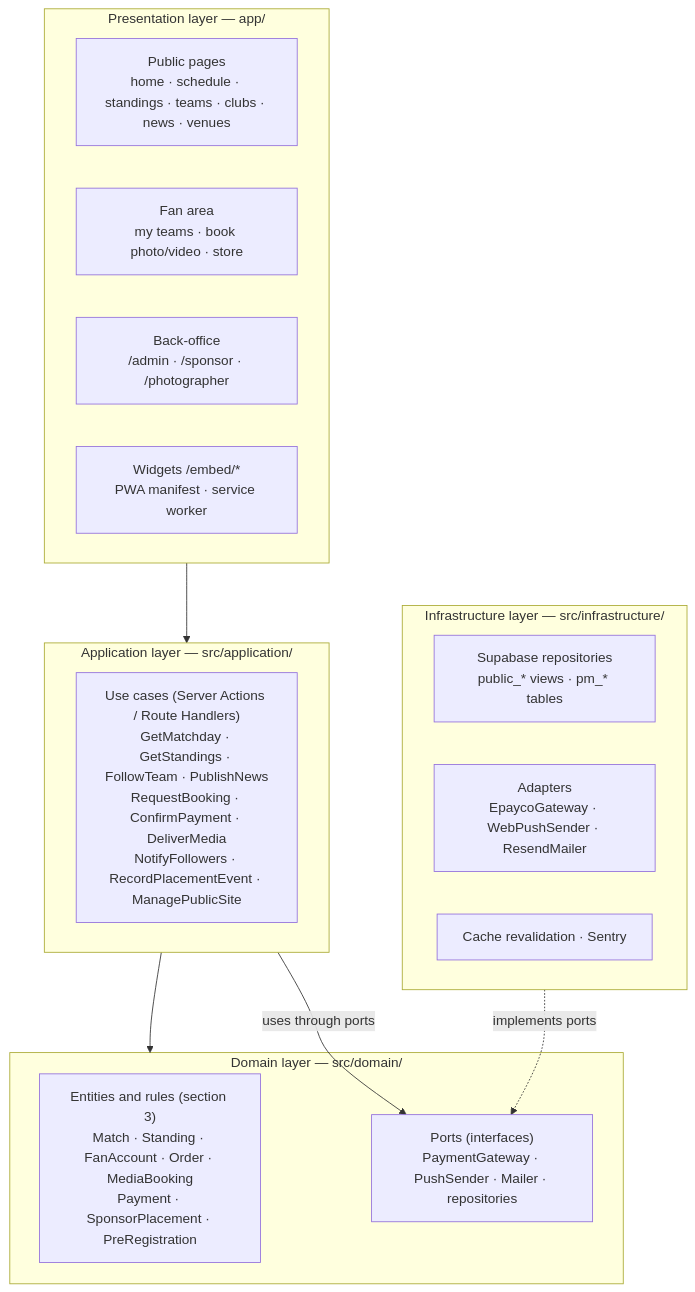
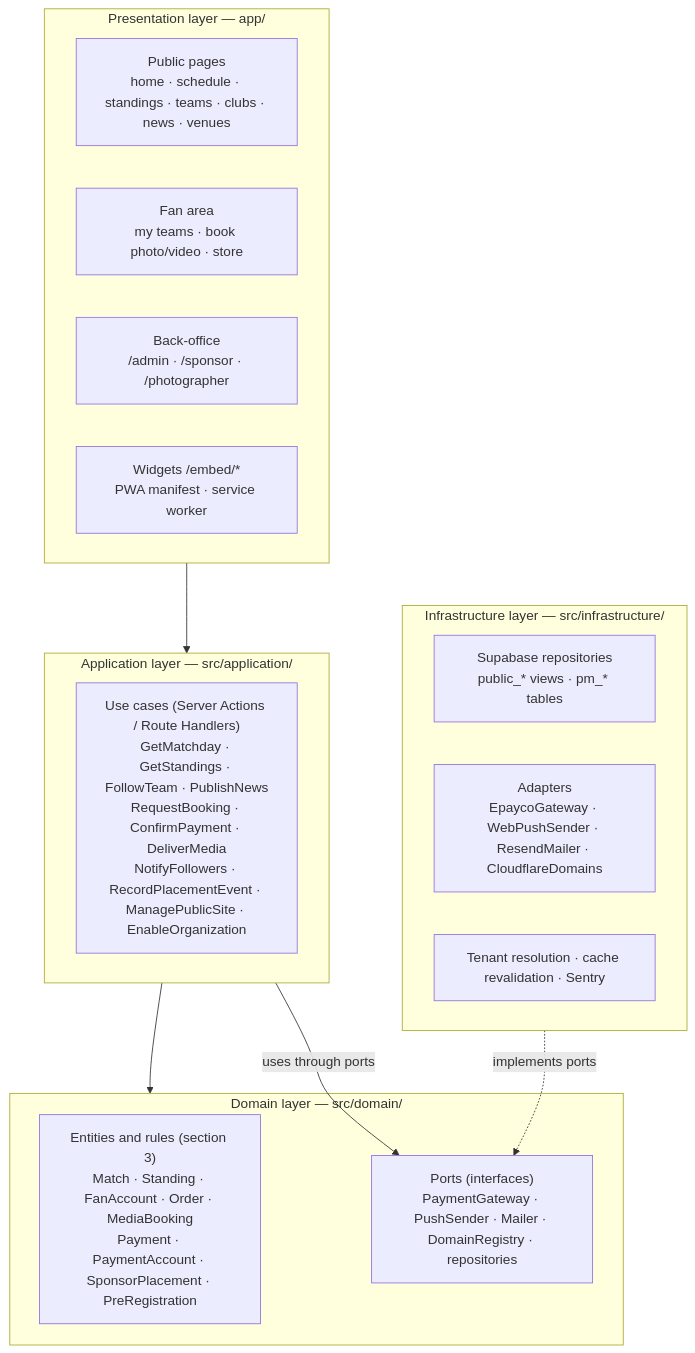
Before and after one commit to hmragencia/ingesoft2-tournament-platform: the fourth of 6 diagrams in Workshop-2/07-architecture.md, drawn with Mermaid. The commit also changed other lines of this file and 20 other files, not shown here.

First line of the commit message:
Unify Workshop 2: explicit architecture style, Cloudflare, white-label

````diff
--- a/Workshop-2/07-architecture.md
+++ b/Workshop-2/07-architecture.md
@@ -81,25 +161,25 @@
 ```mermaid
 flowchart TB
   subgraph P["Presentation layer — app/"]
     P1["Public pages<br/>home · schedule · standings · teams · clubs · news · venues"]
     P2["Fan area<br/>my teams · book photo/video · store"]
     P3["Back-office<br/>/admin · /sponsor · /photographer"]
     P4["Widgets /embed/*<br/>PWA manifest · service worker"]
   end
   subgraph A["Application layer — src/application/"]
-    A1["Use cases (Server Actions / Route Handlers)<br/>GetMatchday · GetStandings · FollowTeam · PublishNews<br/>RequestBooking · ConfirmPayment · DeliverMedia<br/>NotifyFollowers · RecordPlacementEvent · ManagePublicSite"]
+    A1["Use cases (Server Actions / Route Handlers)<br/>GetMatchday · GetStandings · FollowTeam · PublishNews<br/>RequestBooking · ConfirmPayment · DeliverMedia<br/>NotifyFollowers · RecordPlacementEvent · ManagePublicSite · EnableOrganization"]
   end
   subgraph D["Domain layer — src/domain/"]
-    D1["Entities and rules (section 3)<br/>Match · Standing · FanAccount · Order · MediaBooking<br/>Payment · SponsorPlacement · PreRegistration"]
-    D2["Ports (interfaces)<br/>PaymentGateway · PushSender · Mailer · repositories"]
+    D1["Entities and rules (section 3)<br/>Match · Standing · FanAccount · Order · MediaBooking<br/>Payment · PaymentAccount · SponsorPlacement · PreRegistration"]
+    D2["Ports (interfaces)<br/>PaymentGateway · PushSender · Mailer · DomainRegistry · repositories"]
   end
   subgraph I["Infrastructure layer — src/infrastructure/"]
     I1["Supabase repositories<br/>public_* views · pm_* tables"]
-    I2["Adapters<br/>EpaycoGateway · WebPushSender · ResendMailer"]
-    I3["Cache revalidation · Sentry"]
+    I2["Adapters<br/>EpaycoGateway · WebPushSender · ResendMailer · CloudflareDomains"]
+    I3["Tenant resolution · cache revalidation · Sentry"]
   end
   P --> A
   A --> D
   I -.->|implements ports| D2
   A -->|"uses through ports"| D2
 ```
````
